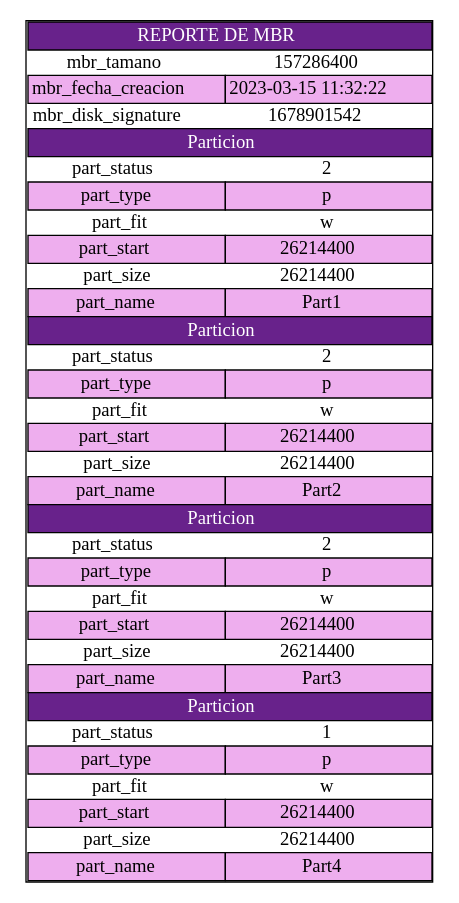
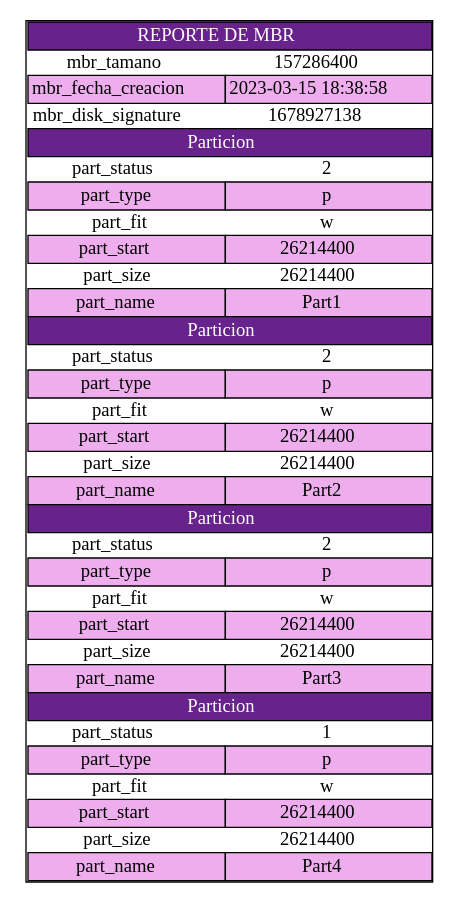
Before and after one commit to diegomazariegos2002/_MIA1S2023_PROYECTO1: the diagram in Proyecto/cmake-build-debug/mbr.dot, drawn with Graphviz. The commit also changed 15 other files, not shown here.

```diff
--- a/Proyecto/cmake-build-debug/mbr.dot
+++ b/Proyecto/cmake-build-debug/mbr.dot
@@ -1,18 +1,18 @@
 digraph G {
 node[shape=none]
 start[label=<<table CELLSPACING="0">
 <tr><td colspan="2" bgcolor="darkorchid4"><font color="white">REPORTE DE MBR</font></td></tr>
 <tr>
 <td border="0">mbr_tamano</td>
 <td border="0">157286400</td>
 </tr>
 <tr>
 <td bgcolor="plum2">mbr_fecha_creacion</td>
-<td bgcolor="plum2">2023-03-15 11:32:22</td>
+<td bgcolor="plum2">2023-03-15 18:38:58</td>
 </tr>
 <tr>
 <td border="0">mbr_disk_signature</td>
-<td border="0">1678901542</td>
+<td border="0">1678927138</td>
 </tr>
 <tr><td colspan="2" bgcolor="darkorchid4"><font color="white">Particion</font></td></tr><tr><td border="0">part_status</td><td border="0">2</td></tr><tr><td bgcolor="plum2">part_type</td><td bgcolor="plum2">p</td></tr><tr><td border="0">part_fit</td><td border="0">w</td></tr><tr><td bgcolor="plum2">part_start</td><td bgcolor="plum2">26214400</td></tr><tr><td border="0">part_size</td><td border="0">26214400</td></tr><tr><td bgcolor="plum2">part_name</td><td bgcolor="plum2">Part1</td></tr><tr><td colspan="2" bgcolor="darkorchid4"><font color="white">Particion</font></td></tr><tr><td border="0">part_status</td><td border="0">2</td></tr><tr><td bgcolor="plum2">part_type</td><td bgcolor="plum2">p</td></tr><tr><td border="0">part_fit</td><td border="0">w</td></tr><tr><td bgcolor="plum2">part_start</td><td bgcolor="plum2">26214400</td></tr><tr><td border="0">part_size</td><td border="0">26214400</td></tr><tr><td bgcolor="plum2">part_name</td><td bgcolor="plum2">Part2</td></tr><tr><td colspan="2" bgcolor="darkorchid4"><font color="white">Particion</font></td></tr><tr><td border="0">part_status</td><td border="0">2</td></tr><tr><td bgcolor="plum2">part_type</td><td bgcolor="plum2">p</td></tr><tr><td border="0">part_fit</td><td border="0">w</td></tr><tr><td bgcolor="plum2">part_start</td><td bgcolor="plum2">26214400</td></tr><tr><td border="0">part_size</td><td border="0">26214400</td></tr><tr><td bgcolor="plum2">part_name</td><td bgcolor="plum2">Part3</td></tr><tr><td colspan="2" bgcolor="darkorchid4"><font color="white">Particion</font></td></tr><tr><td border="0">part_status</td><td border="0">1</td></tr><tr><td bgcolor="plum2">part_type</td><td bgcolor="plum2">p</td></tr><tr><td border="0">part_fit</td><td border="0">w</td></tr><tr><td bgcolor="plum2">part_start</td><td bgcolor="plum2">26214400</td></tr><tr><td border="0">part_size</td><td border="0">26214400</td></tr><tr><td bgcolor="plum2">part_name</td><td bgcolor="plum2">Part4</td></tr></table>>];
 }
```
